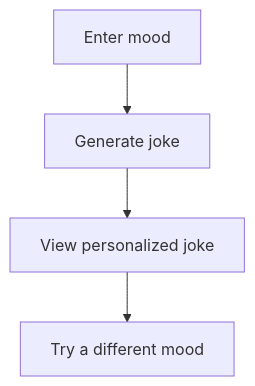
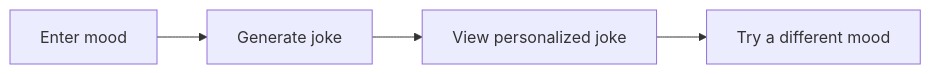
One commit to anushaRUSC/comedy-generator changed the first of 3 diagrams in README.md. Above: the diagram before and after it, drawn with Mermaid. The commit also changed other lines of this file and 1 other file, not shown here.

Commit message:
Update README screenshots and diagrams

````diff
--- a/README.md
+++ b/README.md
@@ -21,6 +21,6 @@
 ```mermaid
-flowchart TD
+flowchart LR
     A[Enter mood] --> B[Generate joke]
     B --> C[View personalized joke]
     C --> D[Try a different mood]
 ```
````
